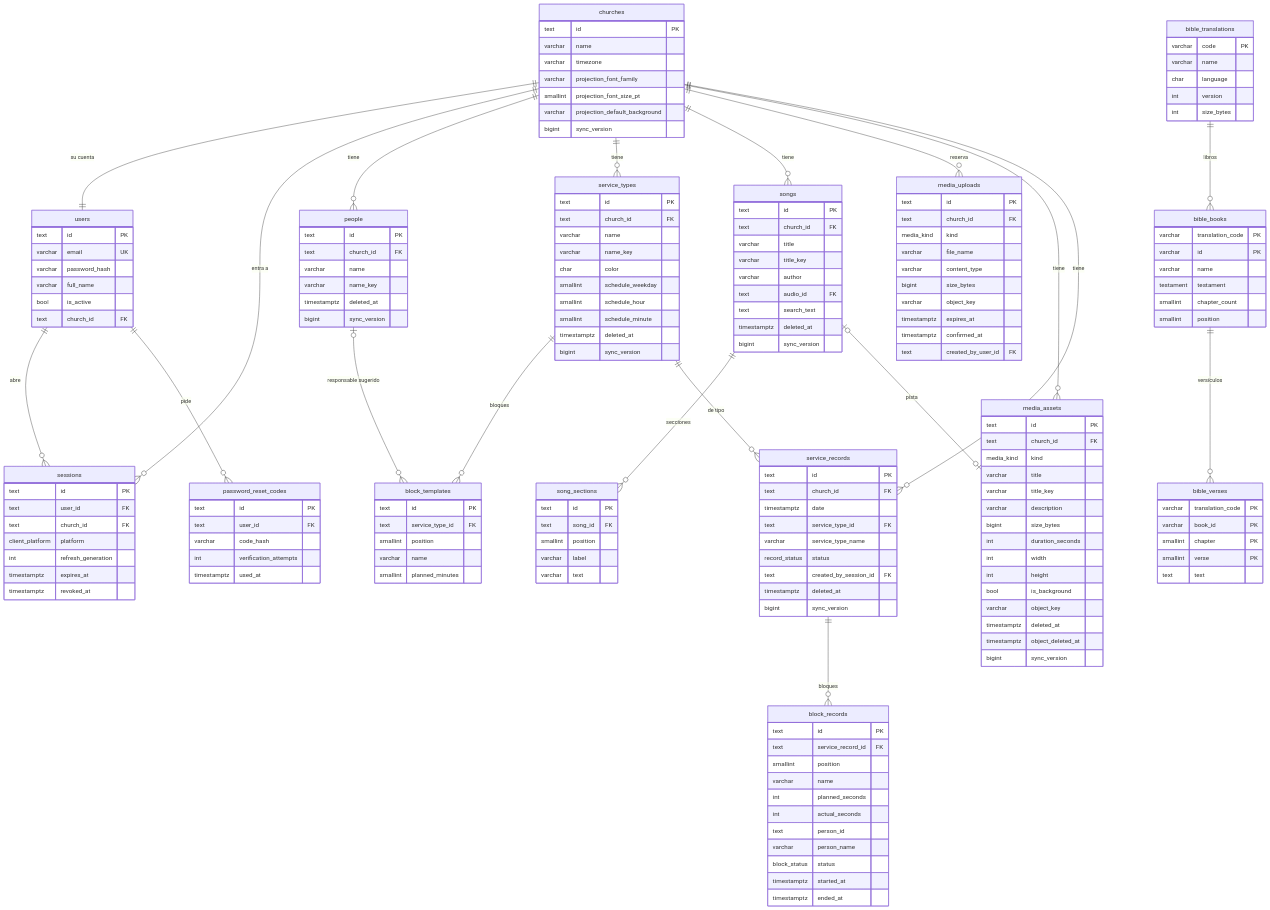
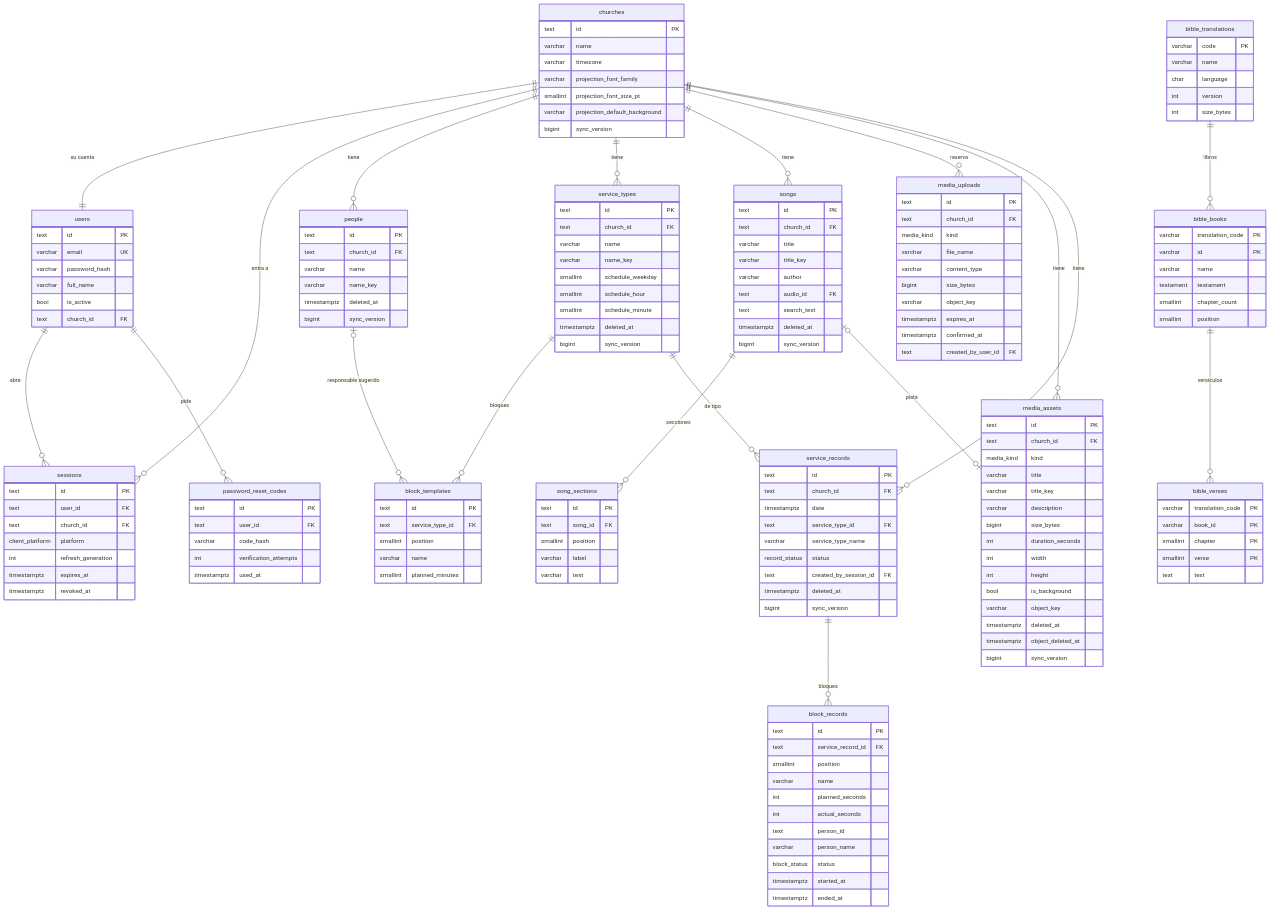
The diagram in docs/database/schema.md (AtmosferaSoltec/atm-iris-api), drawn with Mermaid before and after one commit. The commit also changed other lines of this file and 52 other files, not shown here.

```diff
--- a/docs/database/schema.md
+++ b/docs/database/schema.md
@@ -51,7 +51,6 @@
     text church_id FK
     varchar name
     varchar name_key
-    char color
     smallint schedule_weekday
     smallint schedule_hour
     smallint schedule_minute
```
